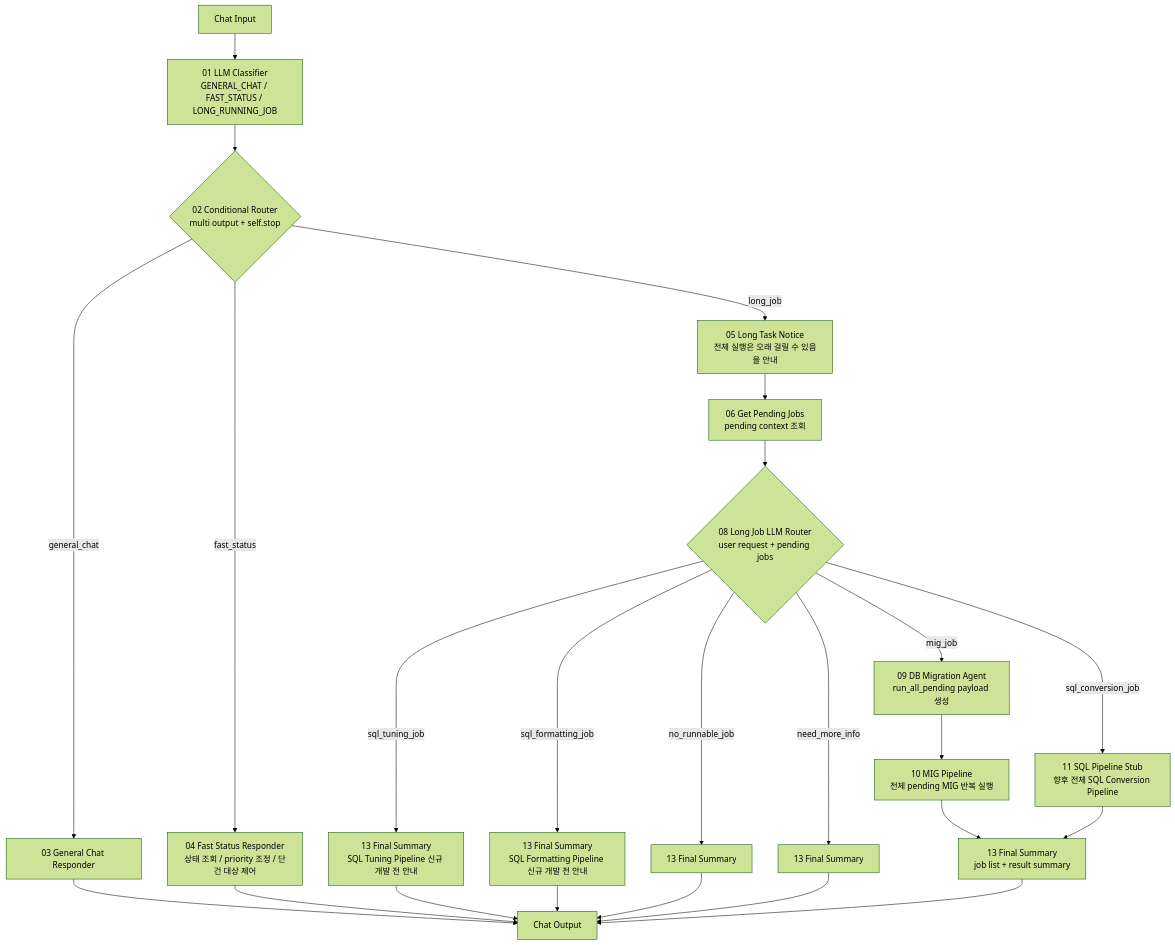
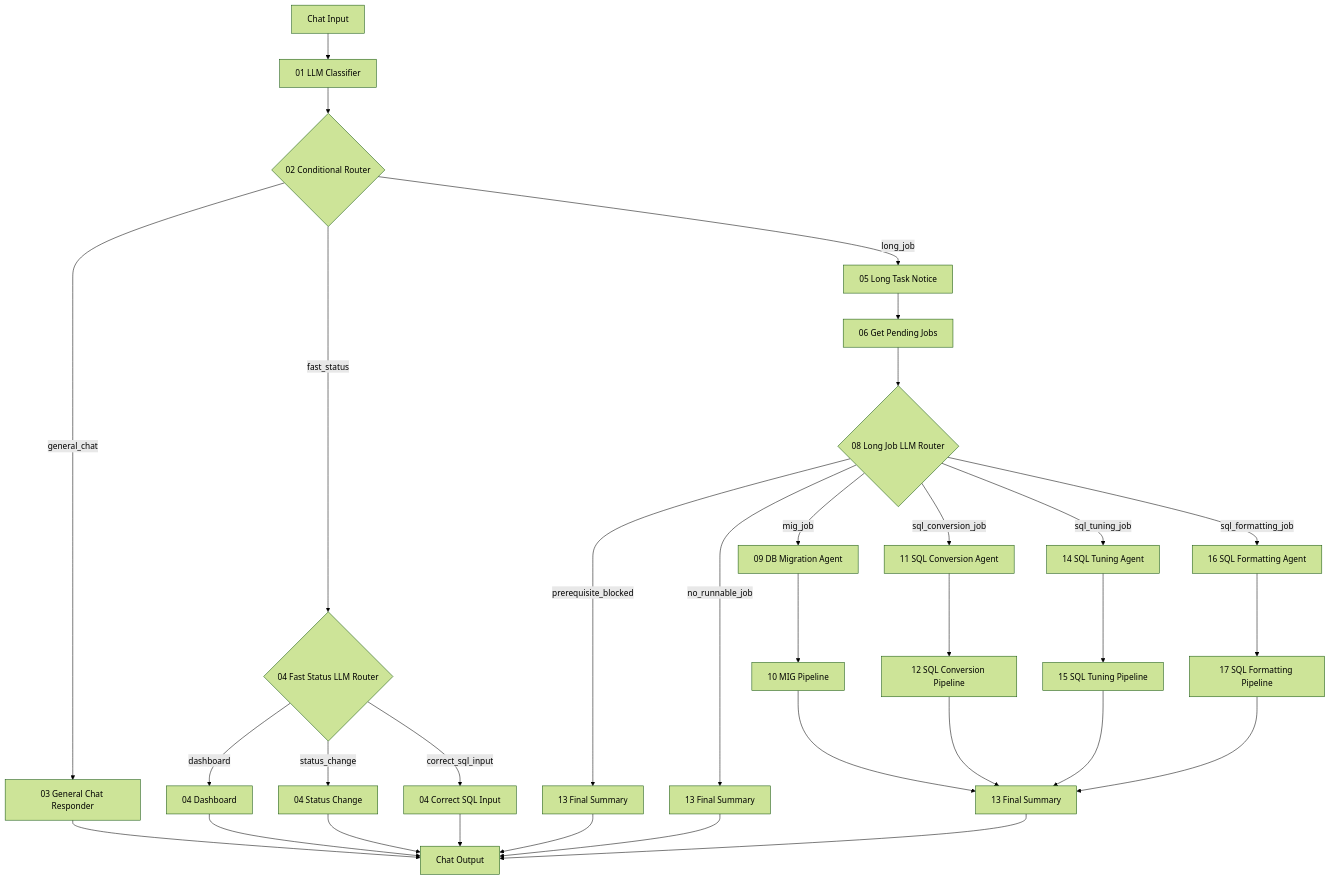
Before and after one commit to seongikjin227-jpg/refactoring_smartMigrate: the diagram in langflow_260819_newType/01_architecture.md, drawn with Mermaid (forest theme). The commit also changed other lines of this file and 17 other files, not shown here.

````diff
--- a/langflow_260819_newType/01_architecture.md
+++ b/langflow_260819_newType/01_architecture.md
@@ -51,31 +14,44 @@
 ```mermaid
 flowchart TD
-    A["Chat Input"] --> B["01 LLM Classifier<br/>GENERAL_CHAT / FAST_STATUS / LONG_RUNNING_JOB"]
-    B --> C{"02 Conditional Router<br/>multi output + self.stop"}
+    A["Chat Input"] --> B["01 LLM Classifier"]
+    B --> C{"02 Conditional Router"}
 
     C -->|general_chat| D["03 General Chat Responder"]
-    C -->|fast_status| E["04 Fast Status Responder<br/>상태 조회 / priority 조정 / 단건 대상 제어"]
-    C -->|long_job| F["05 Long Task Notice<br/>전체 실행은 오래 걸릴 수 있음을 안내"]
+    C -->|fast_status| E{"04 Fast Status LLM Router"}
+    C -->|long_job| F["05 Long Task Notice"]
 
-    F --> G["06 Get Pending Jobs<br/>pending context 조회"]
-    G --> H{"08 Long Job LLM Router<br/>user request + pending jobs"}
+    E -->|dashboard| E1["04 Dashboard"]
+    E -->|status_change| E2["04 Status Change"]
+    E -->|correct_sql_input| E3["04 Correct SQL Input"]
 
-    H -->|mig_job| I["09 DB Migration Agent<br/>run_all_pending payload 생성"]
-    H -->|sql_conversion_job| J["11 SQL Pipeline Stub<br/>향후 전체 SQL Conversion Pipeline"]
-    H -->|sql_tuning_job| K["13 Final Summary<br/>SQL Tuning Pipeline 신규 개발 전 안내"]
-    H -->|sql_formatting_job| L["13 Final Summary<br/>SQL Formatting Pipeline 신규 개발 전 안내"]
-    H -->|no_runnable_job| M["13 Final Summary"]
-    H -->|need_more_info| N["13 Final Summary"]
+    F --> G["06 Get Pending Jobs"]
+    G --> H{"08 Long Job LLM Router"}
 
-    I --> O["10 MIG Pipeline<br/>전체 pending MIG 반복 실행"]
-    O --> P["13 Final Summary<br/>job list + result summary"]
-    J --> P
+    H -->|mig_job| I["09 DB Migration Agent"]
+    I --> I2["10 MIG Pipeline"]
 
-    D --> Z["Chat Output"]
-    E --> Z
-    K --> Z
-    L --> Z
-    M --> Z
-    N --> Z
-    P --> Z
+    H -->|sql_conversion_job| J["11 SQL Conversion Agent"]
+    J --> J2["12 SQL Conversion Pipeline"]
+
+    H -->|sql_tuning_job| K["14 SQL Tuning Agent"]
+    K --> K2["15 SQL Tuning Pipeline"]
+
+    H -->|sql_formatting_job| L["16 SQL Formatting Agent"]
+    L --> L2["17 SQL Formatting Pipeline"]
+
+    H -->|prerequisite_blocked| M["13 Final Summary"]
+    H -->|no_runnable_job| N["13 Final Summary"]
+
+    I2 --> Z1["13 Final Summary"]
+    J2 --> Z1
+    K2 --> Z1
+    L2 --> Z1
+
+    D --> OUT["Chat Output"]
+    E1 --> OUT
+    E2 --> OUT
+    E3 --> OUT
+    M --> OUT
+    N --> OUT
+    Z1 --> OUT
 ```
````
